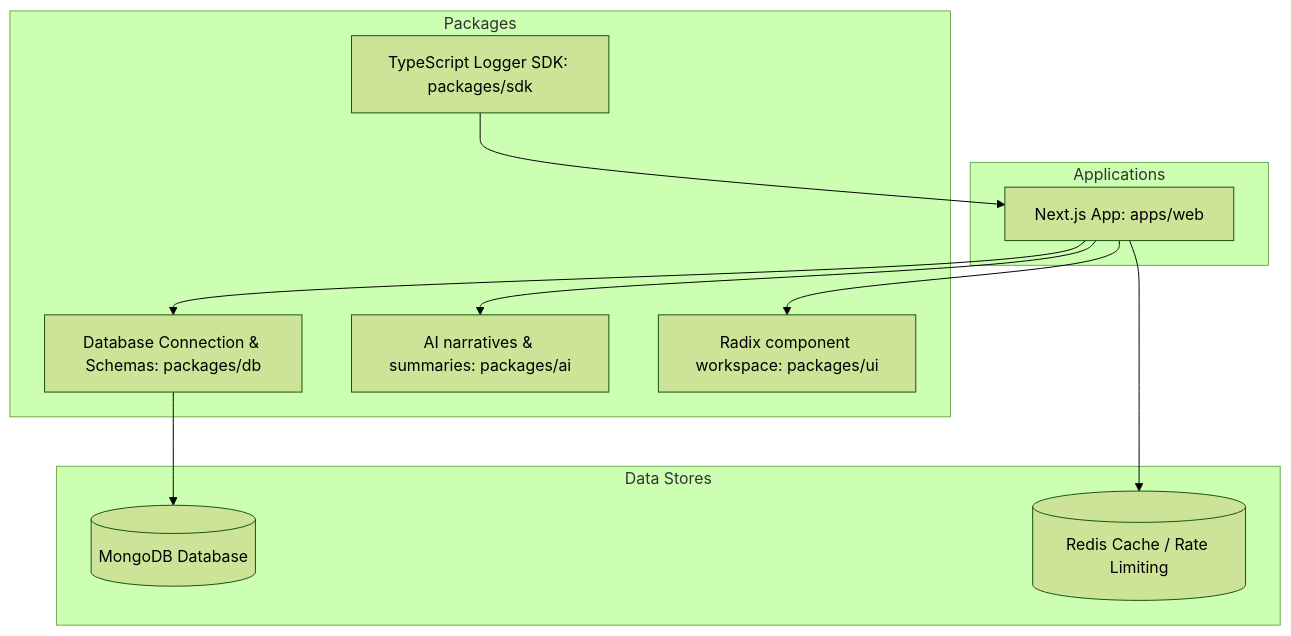
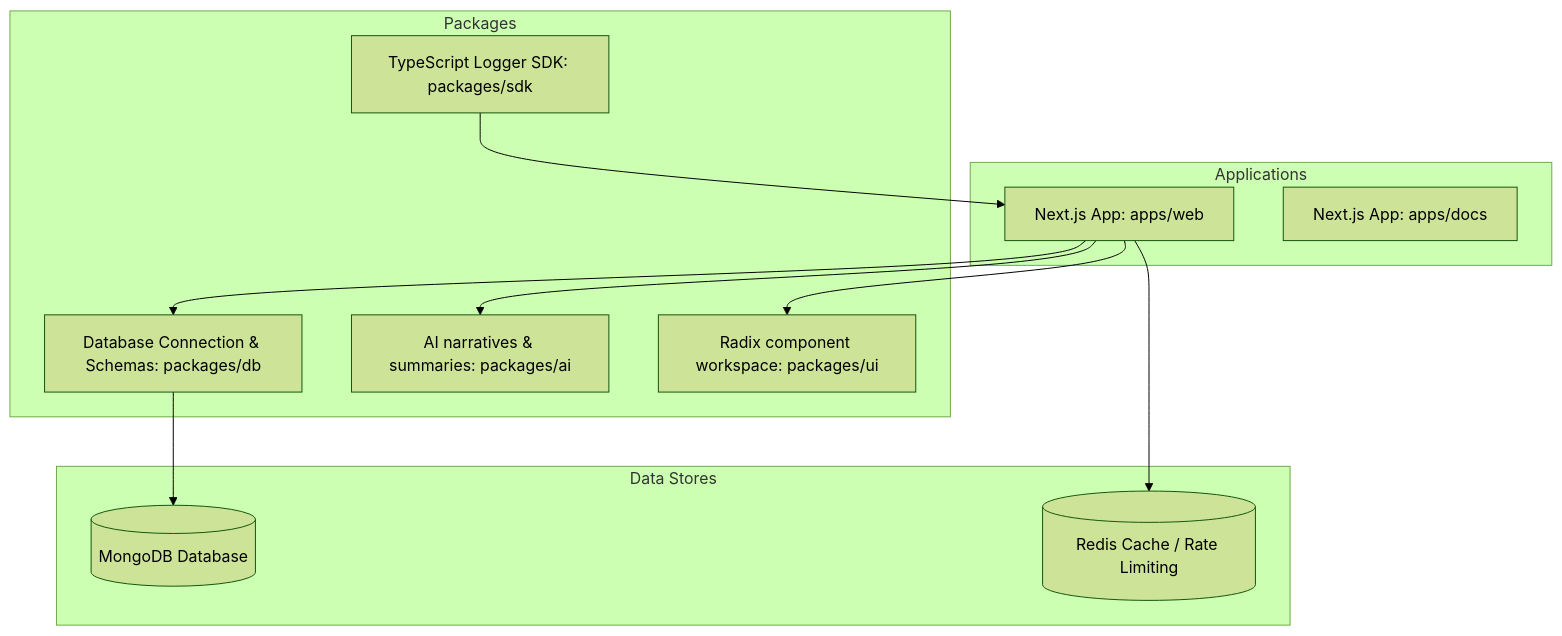
The first of 3 diagrams in docs/ARCHITECTURE.md (Vaibhav-Singh2/ObservabilityOS), drawn with Mermaid (forest theme) before and after one commit. The commit also changed other lines of this file and 2 other files, not shown here.

Commit message:
docs: sync project context and update Next.js documentation resources for Week 13

````diff
--- a/docs/ARCHITECTURE.md
+++ b/docs/ARCHITECTURE.md
@@ -11,25 +11,26 @@
 ```mermaid
 graph TD
     subgraph Applications
         WEB[Next.js App: apps/web]
+        DOCS[Next.js App: apps/docs]
     end
 
     subgraph Packages
         DB[Database Connection & Schemas: packages/db]
         AI[AI narratives & summaries: packages/ai]
         SDK[TypeScript Logger SDK: packages/sdk]
         UI[Radix component workspace: packages/ui]
     end
 
     subgraph Data Stores
         MONGO[(MongoDB Database)]
         REDIS[(Redis Cache / Rate Limiting)]
     end
 
     WEB --> DB
     WEB --> AI
     WEB --> UI
     SDK --> WEB
     DB --> MONGO
     WEB --> REDIS
 ```
````
